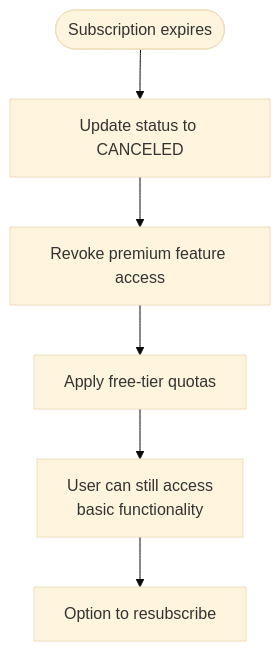
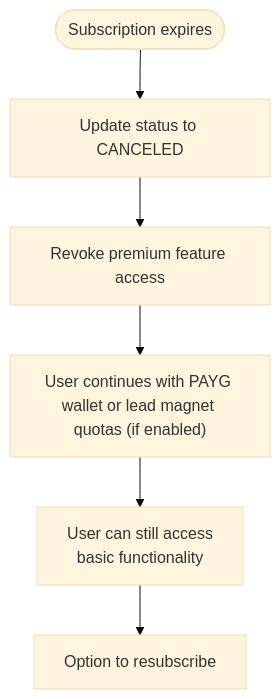
Before and after one commit to yshishenya/open-webui: diagram 13 of 13 in .qoder/repowiki/en/content/Administration and User Management/Billing and Subscription Management.md, drawn with Mermaid (base theme). The commit also changed other lines of this file and 345 other files, not shown here.

````diff
--- a/.qoder/repowiki/en/content/Administration and User Management/Billing and Subscription Management.md
+++ b/.qoder/repowiki/en/content/Administration and User Management/Billing and Subscription Management.md
@@ -790,8 +814,8 @@
 ```mermaid
 flowchart TD
 A([Subscription expires]) --> B["Update status to CANCELED"]
 B --> C["Revoke premium feature access"]
-C --> D["Apply free-tier quotas"]
+C --> D["User continues with PAYG wallet or lead magnet quotas (if enabled)"]
 D --> E["User can still access<br/>basic functionality"]
 E --> F["Option to resubscribe"]
 ```
````
